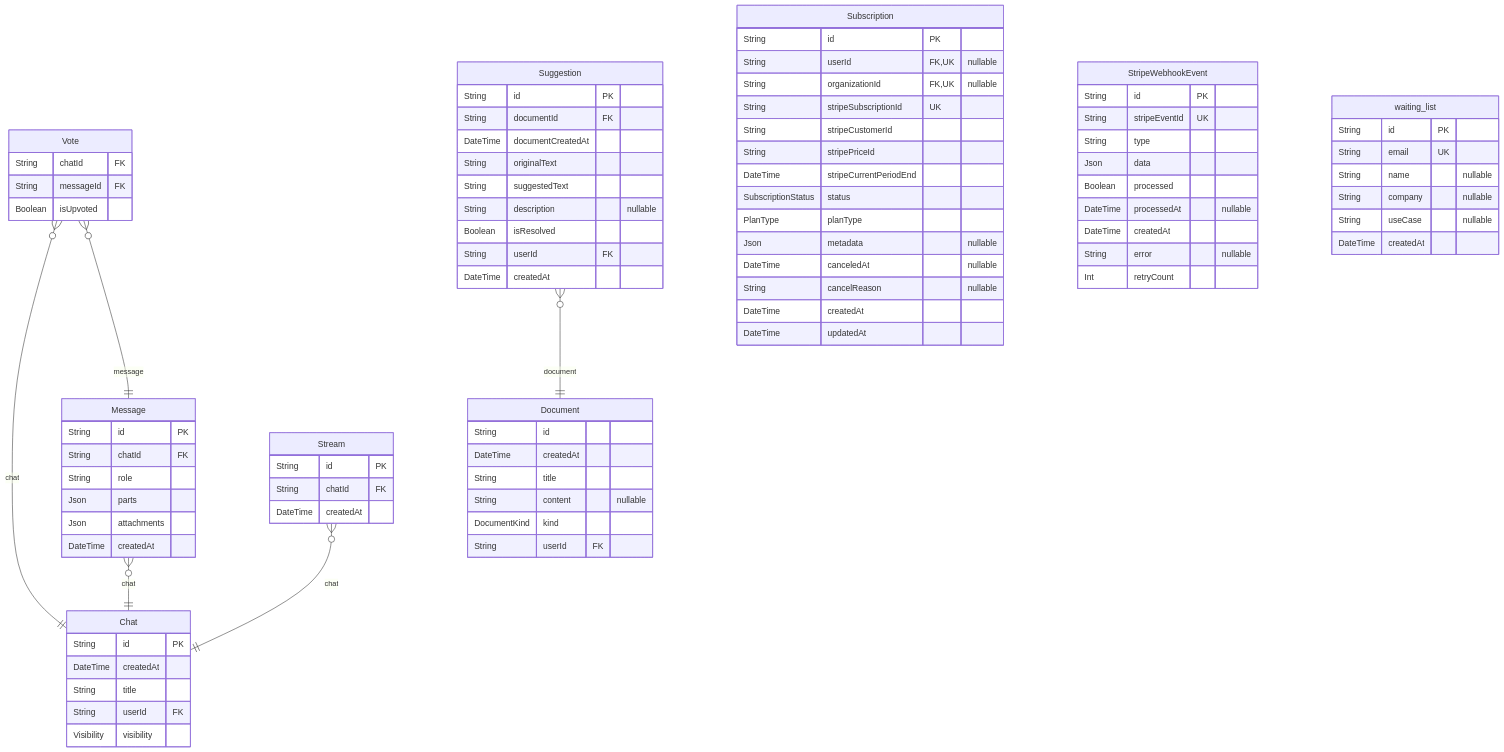
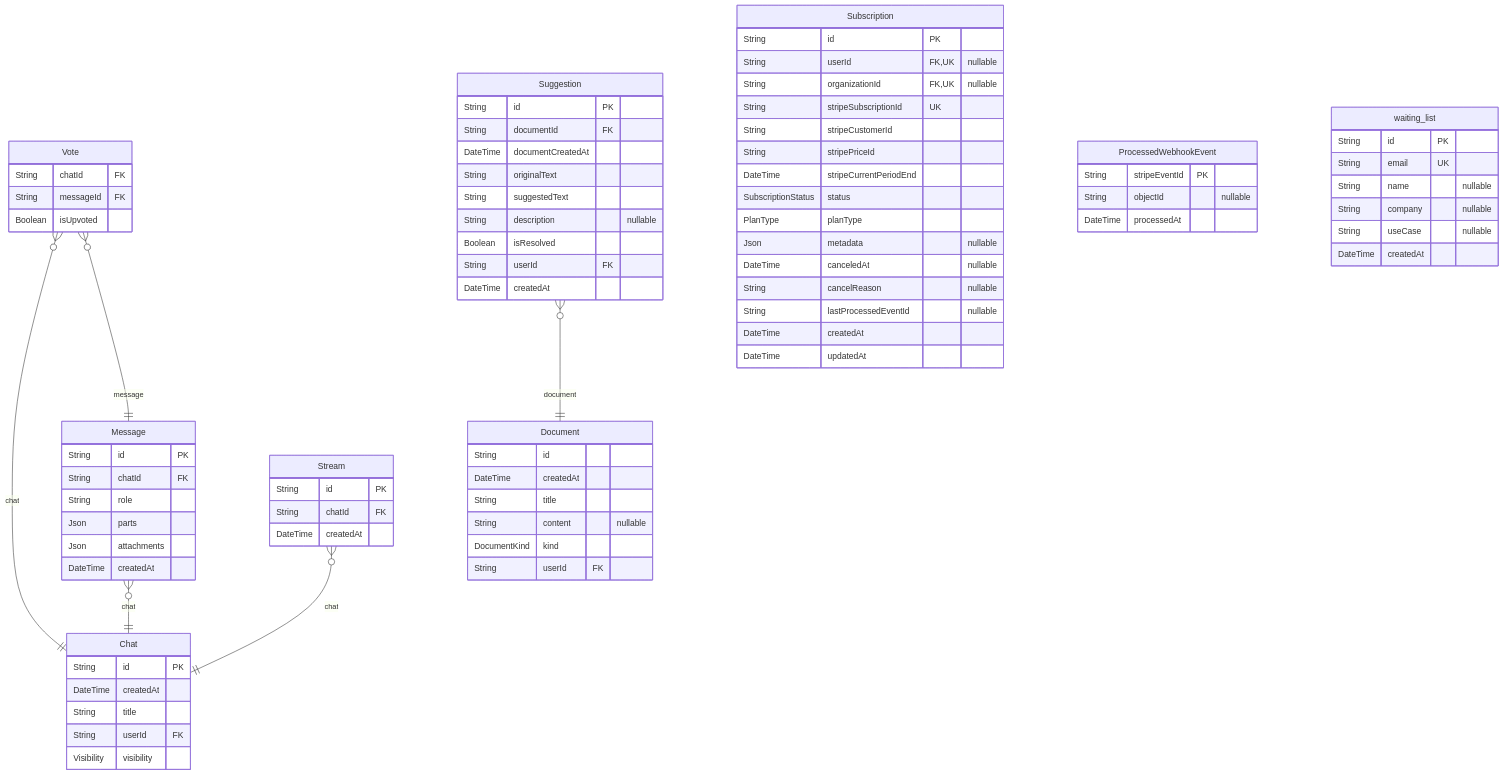
One commit to rayven122/tumiki changed the seventh of 7 diagrams in packages/db/prisma/README.md. Above: the diagram before and after it, drawn with Mermaid. The commit also changed other lines of this file and 1 other file, not shown here.

Commit message:
feat: 冪等性管理のためのlastProcessedEventIdをSubscriptionモデルに追加し、StripeWebhookEventモデルをProcessedWebhookEventに置き換え

```diff
--- a/packages/db/prisma/README.md
+++ b/packages/db/prisma/README.md
@@ -899,19 +958,14 @@
   Json metadata "nullable"
   DateTime canceledAt "nullable"
   String cancelReason "nullable"
+  String lastProcessedEventId "nullable"
   DateTime createdAt
   DateTime updatedAt
 }
-"StripeWebhookEvent" {
-  String id PK
-  String stripeEventId UK
-  String type
-  Json data
-  Boolean processed
-  DateTime processedAt "nullable"
-  DateTime createdAt
-  String error "nullable"
-  Int retryCount
+"ProcessedWebhookEvent" {
+  String stripeEventId PK
+  String objectId "nullable"
+  DateTime processedAt
 }
 "waiting_list" {
   String id PK
```
